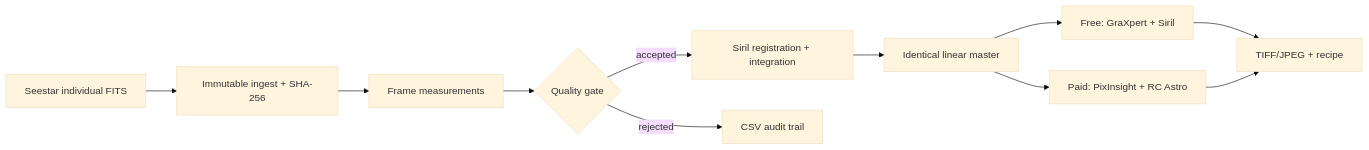
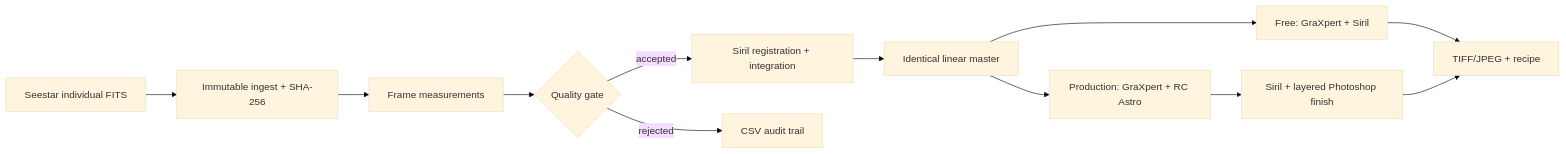
Before and after one commit to Sleepyreaper/SeestarFlow: the diagram in README.md, drawn with Mermaid (base theme). The commit also changed other lines of this file and 23 other files, not shown here.

````diff
--- a/README.md
+++ b/README.md
@@ -18,13 +18,14 @@
 ```mermaid
 flowchart LR
     A[Seestar individual FITS] --> B[Immutable ingest + SHA-256]
     B --> C[Frame measurements]
     C --> D{Quality gate}
     D -->|accepted| E[Siril registration + integration]
     D -->|rejected| F[CSV audit trail]
     E --> G[Identical linear master]
     G --> H[Free: GraXpert + Siril]
-    G --> I[Paid: PixInsight + RC Astro]
+    G --> I[Production: GraXpert + RC Astro]
     H --> J[TIFF/JPEG + recipe]
-    I --> J
+    I --> K[Siril + layered Photoshop finish]
+    K --> J
 ```
````
